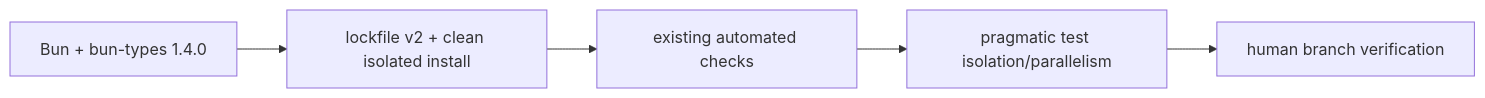
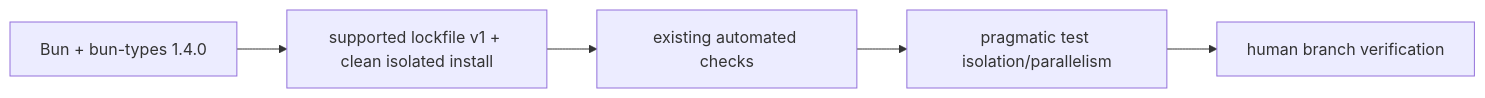
Before and after one commit to omnidraw/omnidraw: the diagram in tasks/s/S154.md, drawn with Mermaid. The commit also changed other lines of this file and 13 other files, not shown here.

````diff
--- a/tasks/s/S154.md
+++ b/tasks/s/S154.md
@@ -60,7 +60,7 @@
 ```mermaid
 flowchart LR
-  Pin["Bun + bun-types 1.4.0"] --> Lock["lockfile v2 + clean isolated install"]
+  Pin["Bun + bun-types 1.4.0"] --> Lock["supported lockfile v1 + clean isolated install"]
   Lock --> Checks["existing automated checks"]
   Checks --> Tests["pragmatic test isolation/parallelism"]
   Tests --> Human["human branch verification"]
 ```
````
